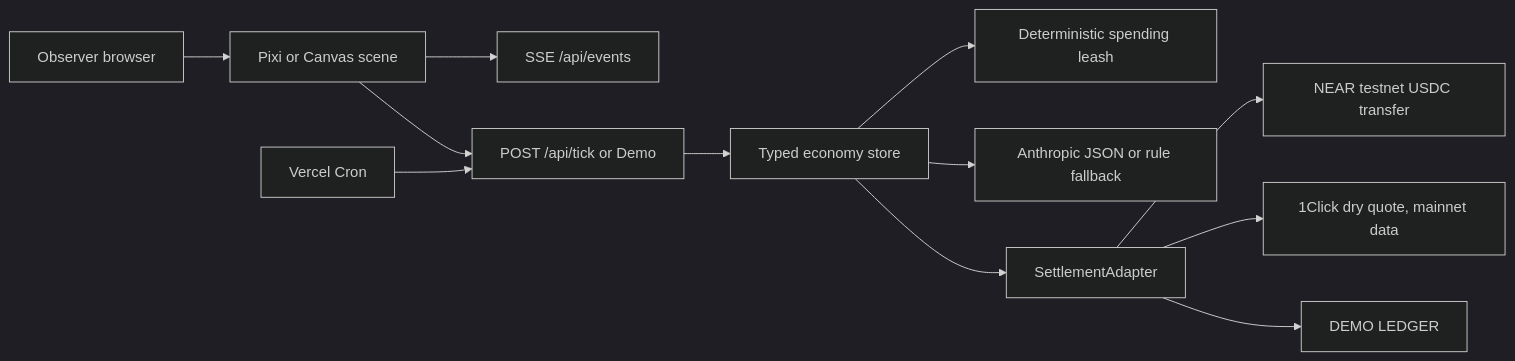
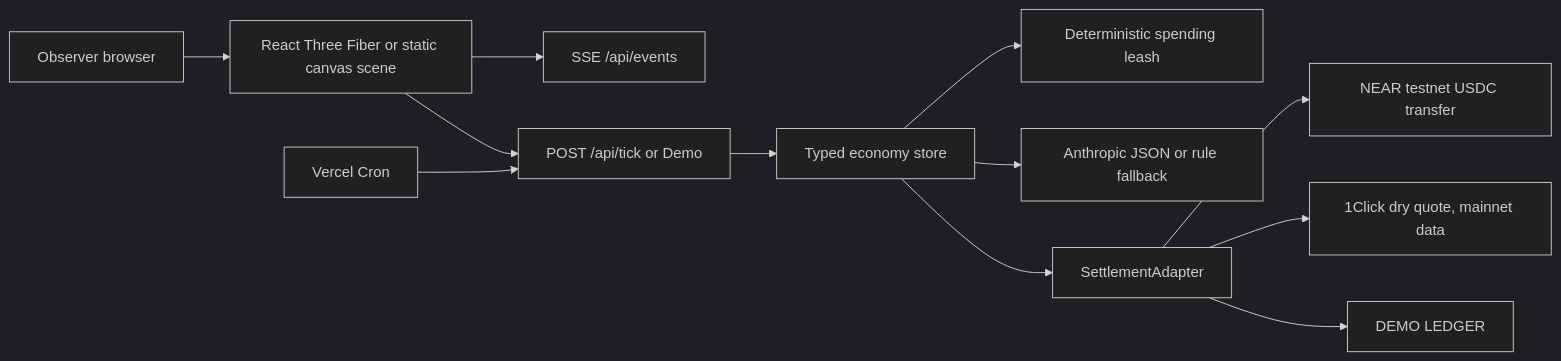
The diagram in README.md (jamesonchain/Market-Day), drawn with Mermaid (dark theme) before and after one commit. The commit also changed other lines of this file and 11 other files, not shown here.

````diff
--- a/README.md
+++ b/README.md
@@ -16,14 +16,14 @@
 ```mermaid
 flowchart LR
-  Visitor[Observer browser] --> Scene[Pixi or Canvas scene]
+  Visitor[Observer browser] --> Scene[React Three Fiber or static canvas scene]
   Scene --> Events[SSE /api/events]
   Scene --> Tick[POST /api/tick or Demo]
   Cron[Vercel Cron] --> Tick
   Tick --> Economy[Typed economy store]
   Economy --> Policy[Deterministic spending leash]
   Economy --> Agents[Anthropic JSON or rule fallback]
   Economy --> Settlement[SettlementAdapter]
   Settlement --> Testnet[NEAR testnet USDC transfer]
   Settlement --> Quote[1Click dry quote, mainnet data]
   Settlement --> Demo[DEMO LEDGER]
 ```
````
